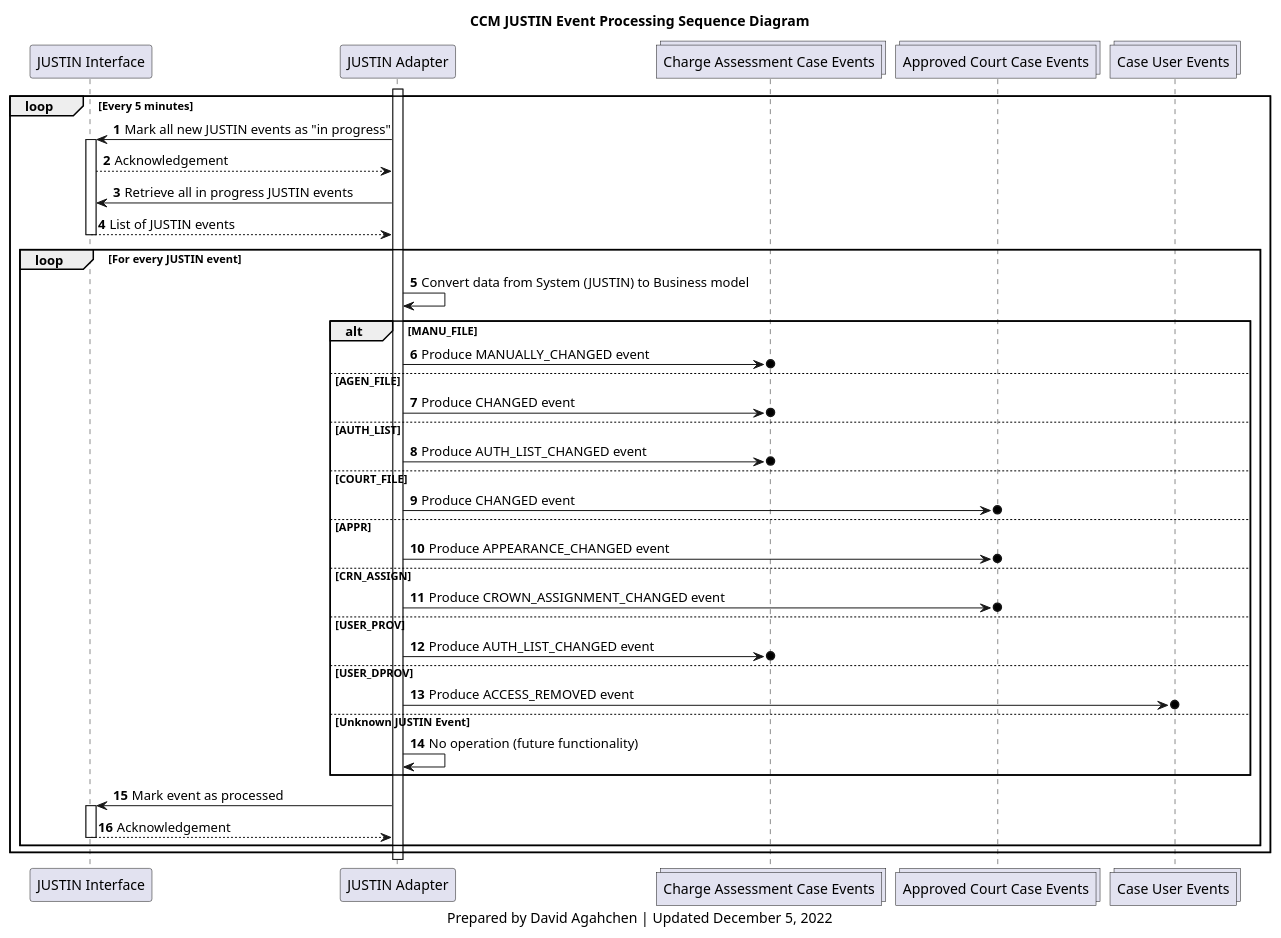
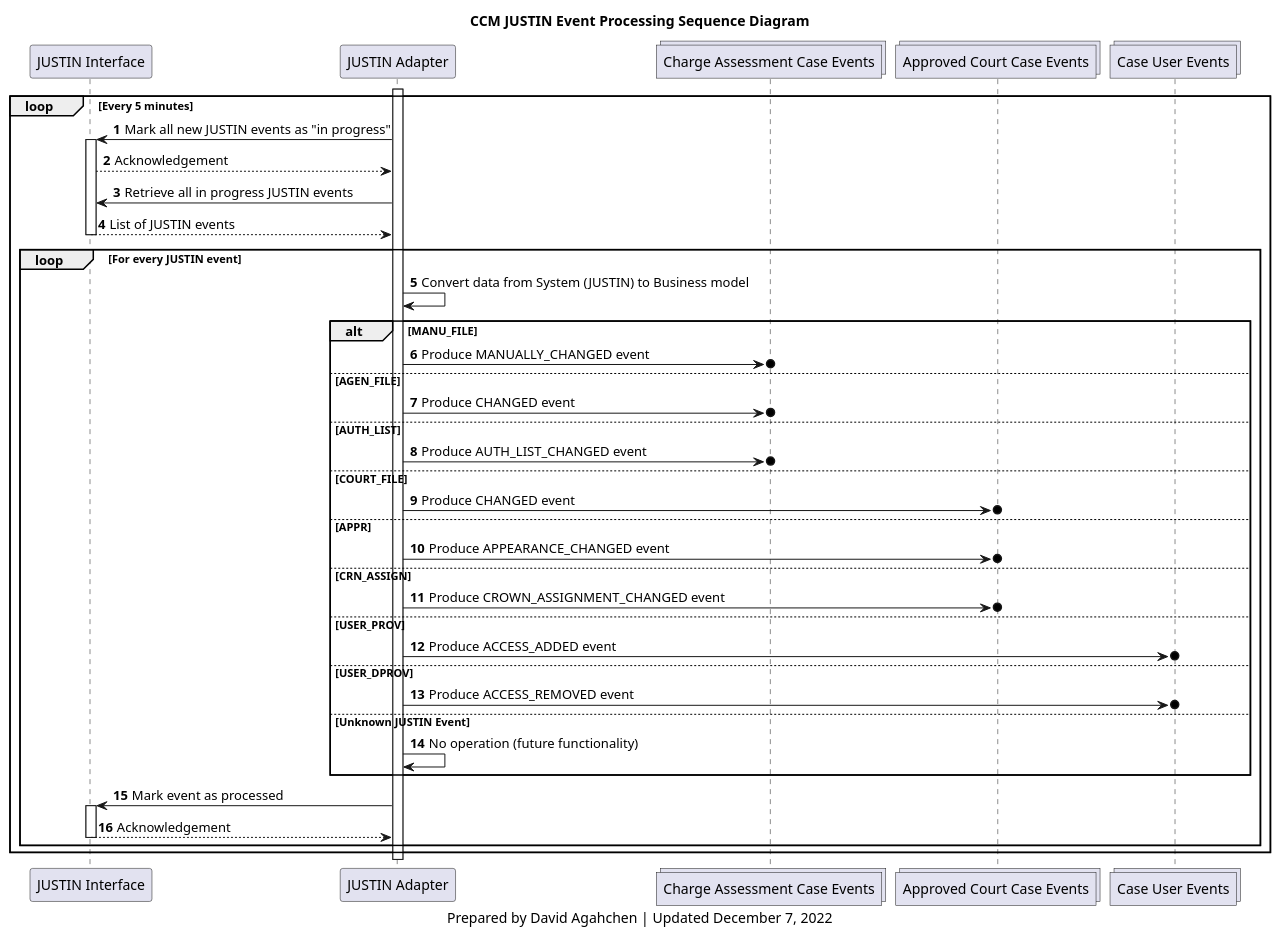
The diagram in diagrams/ccm_justin_event_processing_sequence_diagram.plantuml (bcgov/jpss-jade-ccm), drawn with PlantUML before and after one commit. The commit also changed 14 other files, not shown here.

```diff
--- a/diagrams/ccm_justin_event_processing_sequence_diagram.plantuml
+++ b/diagrams/ccm_justin_event_processing_sequence_diagram.plantuml
@@ -1,56 +1,55 @@
 @startuml
 'hide footbox
 participant j_interface as "JUSTIN Interface"
 participant j_adapter as "JUSTIN Adapter"
 collections charge_assessment_cases_topic as "Charge Assessment Case Events"
 collections approved_court_cases_topic as "Approved Court Case Events"
 collections case_users_topic as "Case User Events"
 
 title
 CCM JUSTIN Event Processing Sequence Diagram
 end title
 
 autonumber
 
 activate j_adapter
 loop Every 5 minutes
     j_adapter-> j_interface: Mark all new JUSTIN events as "in progress"
     activate j_interface
     j_interface --> j_adapter: Acknowledgement
     j_adapter-> j_interface: Retrieve all in progress JUSTIN events
     j_interface --> j_adapter: List of JUSTIN events
     deactivate j_interface
     loop For every JUSTIN event
         j_adapter -> j_adapter: Convert data from System (JUSTIN) to Business model
         alt MANU_FILE
             j_adapter ->o charge_assessment_cases_topic: Produce MANUALLY_CHANGED event
         else AGEN_FILE
             j_adapter ->o charge_assessment_cases_topic: Produce CHANGED event
         else AUTH_LIST
             j_adapter ->o charge_assessment_cases_topic: Produce AUTH_LIST_CHANGED event
         else COURT_FILE
             j_adapter ->o approved_court_cases_topic: Produce CHANGED event
         else APPR
             j_adapter ->o approved_court_cases_topic: Produce APPEARANCE_CHANGED event
         else CRN_ASSIGN
             j_adapter ->o approved_court_cases_topic: Produce CROWN_ASSIGNMENT_CHANGED event
         else USER_PROV
-            j_adapter ->o charge_assessment_cases_topic: Produce AUTH_LIST_CHANGED event
-            'j_adapter ->o case_users_topic: Produce ACCESS_ADDED event
+            j_adapter ->o case_users_topic: Produce ACCESS_ADDED event
         else USER_DPROV
             j_adapter ->o case_users_topic: Produce ACCESS_REMOVED event
         else Unknown JUSTIN Event
             j_adapter -> j_adapter: No operation (future functionality)
         end
         j_adapter -> j_interface: Mark event as processed
         activate j_interface
         j_interface --> j_adapter: Acknowledgement
         deactivate j_interface
     end
 end
 deactivate j_adapter
 
 caption
-Prepared by David Agahchen | Updated December 5, 2022
+Prepared by David Agahchen | Updated December 7, 2022
 end caption
 @enduml
```
